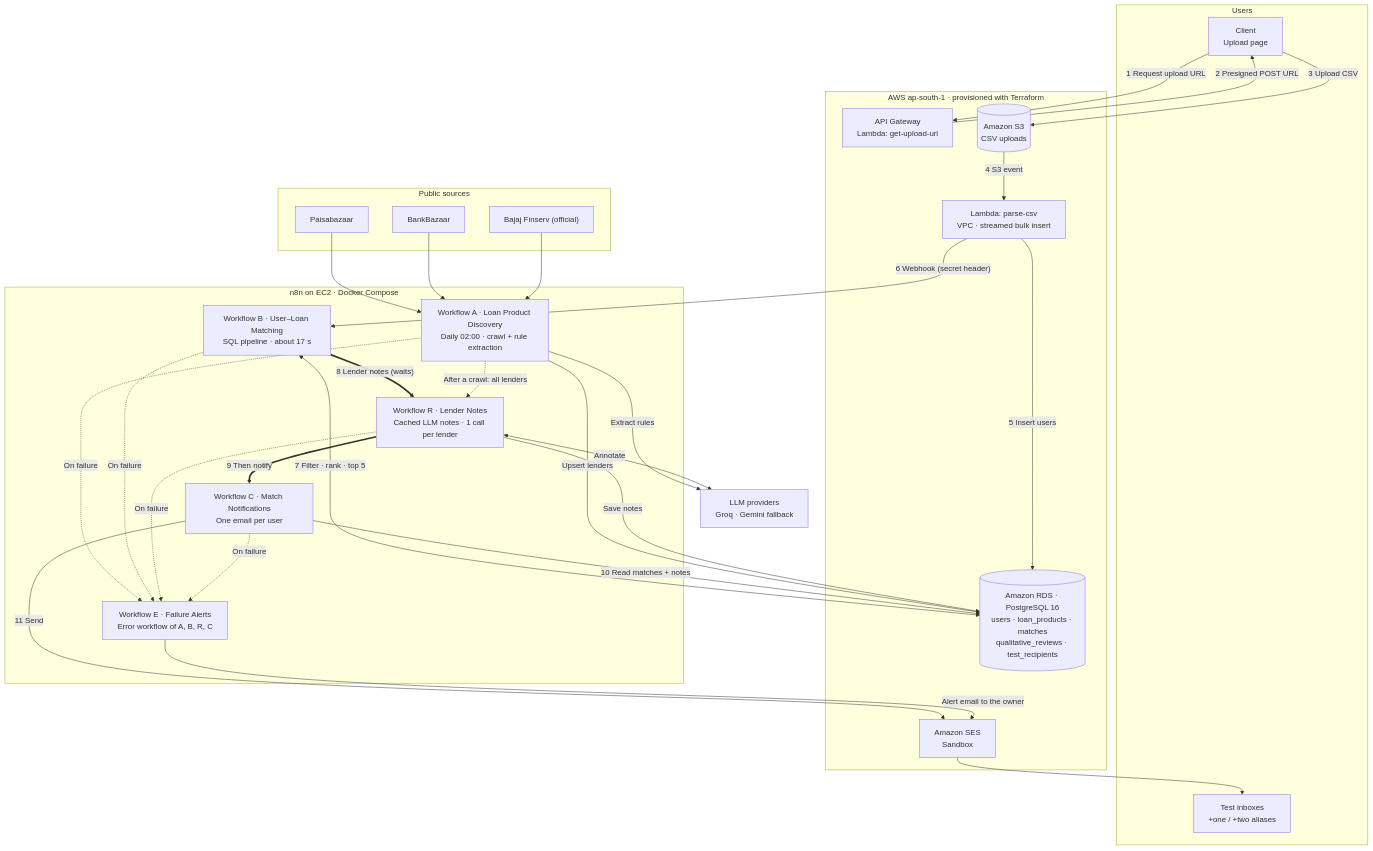
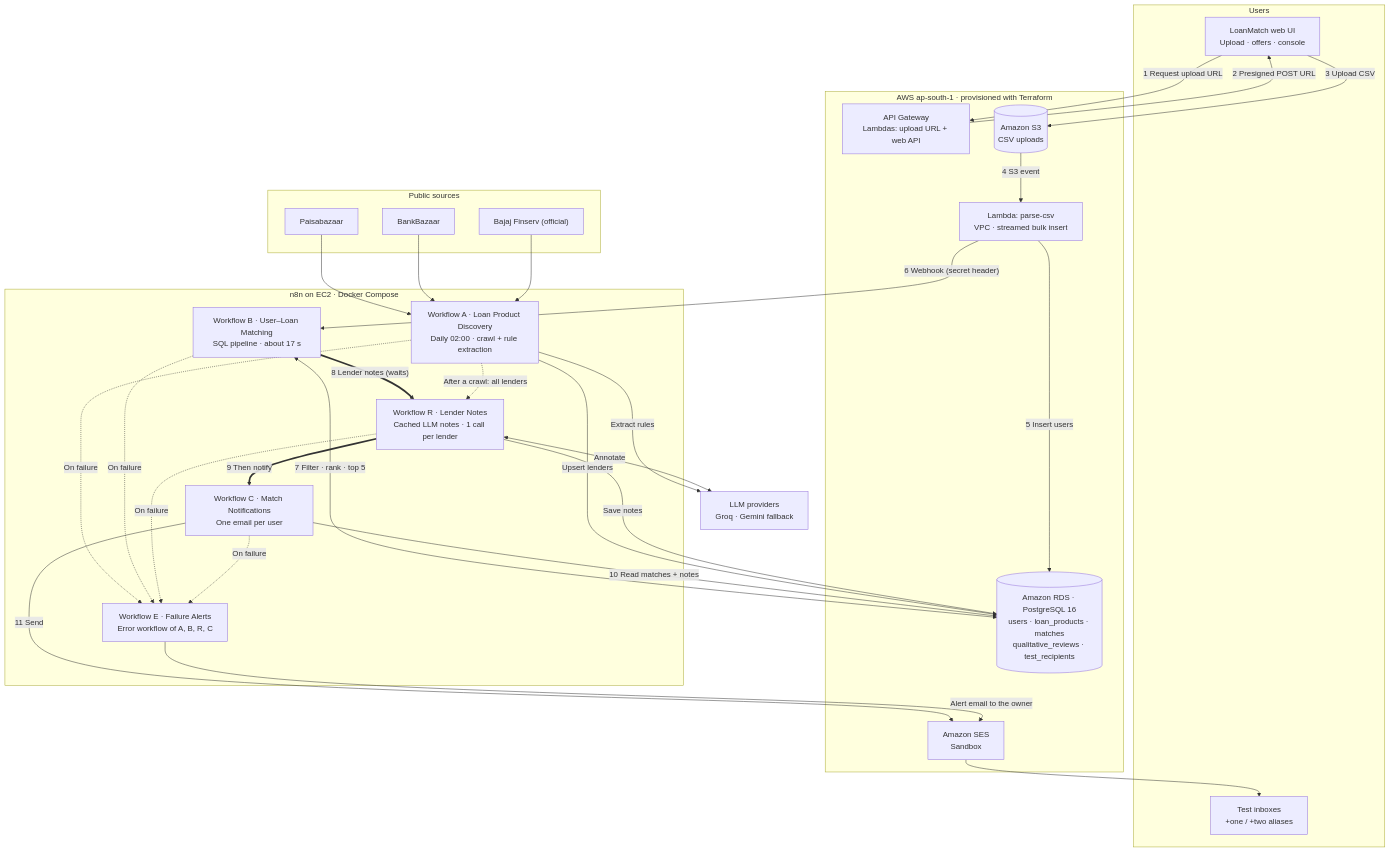
Before and after one commit to ashishnanda19/LoanMatch: the diagram in README.md, drawn with Mermaid. The commit also changed other lines of this file and 34 other files, not shown here.

Commit message:
Web UI (ClickPe-style) and read API; employment-type extraction fix; match_user(); independent audit; validation notes

````diff
--- a/README.md
+++ b/README.md
@@ -38,56 +38,56 @@
 ```mermaid
 flowchart TB
     subgraph USER["Users"]
-        UI["Client<br/>Upload page"]
+        UI["LoanMatch web UI<br/>Upload · offers · console"]
         INBOX["Test inboxes<br/>+one / +two aliases"]
     end
 
     subgraph AWS["AWS ap-south-1 · provisioned with Terraform"]
-        APIGW["API Gateway<br/>Lambda: get-upload-url"]
+        APIGW["API Gateway<br/>Lambdas: upload URL + web API"]
         S3[("Amazon S3<br/>CSV uploads")]
         L2["Lambda: parse-csv<br/>VPC · streamed bulk insert"]
         RDS[("Amazon RDS · PostgreSQL 16<br/>users · loan_products · matches<br/>qualitative_reviews · test_recipients")]
         SES["Amazon SES<br/>Sandbox"]
     end
 
     subgraph N8N["n8n on EC2 · Docker Compose"]
         A["Workflow A · Loan Product Discovery<br/>Daily 02:00 · crawl + rule extraction"]
         B["Workflow B · User–Loan Matching<br/>SQL pipeline · about 17 s"]
         R["Workflow R · Lender Notes<br/>Cached LLM notes · 1 call per lender"]
         C["Workflow C · Match Notifications<br/>One email per user"]
         E["Workflow E · Failure Alerts<br/>Error workflow of A, B, R, C"]
     end
 
     subgraph WEB["Public sources"]
         PB["Paisabazaar"]
         BB["BankBazaar"]
         BJ["Bajaj Finserv (official)"]
     end
     LLM["LLM providers<br/>Groq · Gemini fallback"]
 
     UI -->|"1 Request upload URL"| APIGW
     APIGW -->|"2 Presigned POST URL"| UI
     UI -->|"3 Upload CSV"| S3
     S3 -->|"4 S3 event"| L2
     L2 -->|"5 Insert users"| RDS
     L2 -->|"6 Webhook (secret header)"| B
     B <-->|"7 Filter · rank · top 5"| RDS
     B ==>|"8 Lender notes (waits)"| R
     R ==>|"9 Then notify"| C
     C -->|"10 Read matches + notes"| RDS
     C -->|"11 Send"| SES --> INBOX
 
     PB --> A
     BB --> A
     BJ --> A
     A -->|"Extract rules"| LLM
     A -->|"Upsert lenders"| RDS
     A -.->|"After a crawl: all lenders"| R
     R <-->|"Annotate"| LLM
     R -->|"Save notes"| RDS
     A -.->|"On failure"| E
     B -.->|"On failure"| E
     R -.->|"On failure"| E
     C -.->|"On failure"| E
     E -->|"Alert email to the owner"| SES
 ```
````
